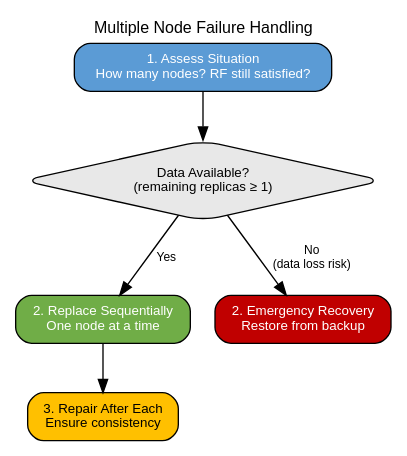
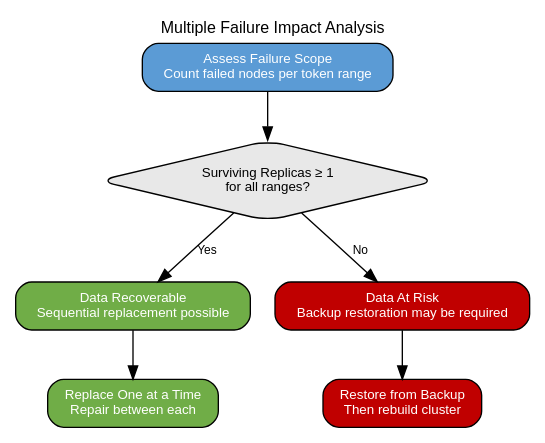
The sixth of 6 diagrams in docs/cassandra/architecture/cluster-management/node-replacement.md (axonops/documentation), drawn with Graphviz before and after one commit. The commit also changed other lines of this file and 67 other files, not shown here.

````diff
--- a/docs/cassandra/architecture/cluster-management/node-replacement.md
+++ b/docs/cassandra/architecture/cluster-management/node-replacement.md
@@ -389,28 +322,30 @@
 ```graphviz dot multiple-failures.svg
 digraph MultipleFailures {
     fontname="Helvetica";
     node [fontname="Helvetica", fontsize=10];
     edge [fontname="Helvetica", fontsize=9];
     rankdir=TB;
 
-    label="Multiple Node Failure Handling";
+    label="Multiple Failure Impact Analysis";
     labelloc="t";
     fontsize=12;
 
     node [shape=box, style="rounded,filled"];
 
-    assess [label="1. Assess Situation\nHow many nodes? RF still satisfied?", fillcolor="#5B9BD5", fontcolor="white"];
+    assess [label="Assess Failure Scope\nCount failed nodes per token range", fillcolor="#5B9BD5", fontcolor="white"];
 
-    check [label="Data Available?\n(remaining replicas ≥ 1)", shape=diamond, fillcolor="#E8E8E8", fontcolor="black"];
+    check [label="Surviving Replicas ≥ 1\nfor all ranges?", shape=diamond, fillcolor="#E8E8E8", fontcolor="black"];
 
-    sequential [label="2. Replace Sequentially\nOne node at a time", fillcolor="#70AD47", fontcolor="white"];
-    emergency [label="2. Emergency Recovery\nRestore from backup", fillcolor="#C00000", fontcolor="white"];
+    recoverable [label="Data Recoverable\nSequential replacement possible", fillcolor="#70AD47", fontcolor="white"];
+    critical [label="Data At Risk\nBackup restoration may be required", fillcolor="#C00000", fontcolor="white"];
 
-    repair [label="3. Repair After Each\nEnsure consistency", fillcolor="#FFC000", fontcolor="black"];
+    sequential [label="Replace One at a Time\nRepair between each", fillcolor="#70AD47", fontcolor="white"];
+    restore [label="Restore from Backup\nThen rebuild cluster", fillcolor="#C00000", fontcolor="white"];
 
     assess -> check;
-    check -> sequential [label="Yes"];
-    check -> emergency [label="No\n(data loss risk)"];
-    sequential -> repair;
+    check -> recoverable [label="Yes"];
+    check -> critical [label="No"];
+    recoverable -> sequential;
+    critical -> restore;
 }
 ```
````
